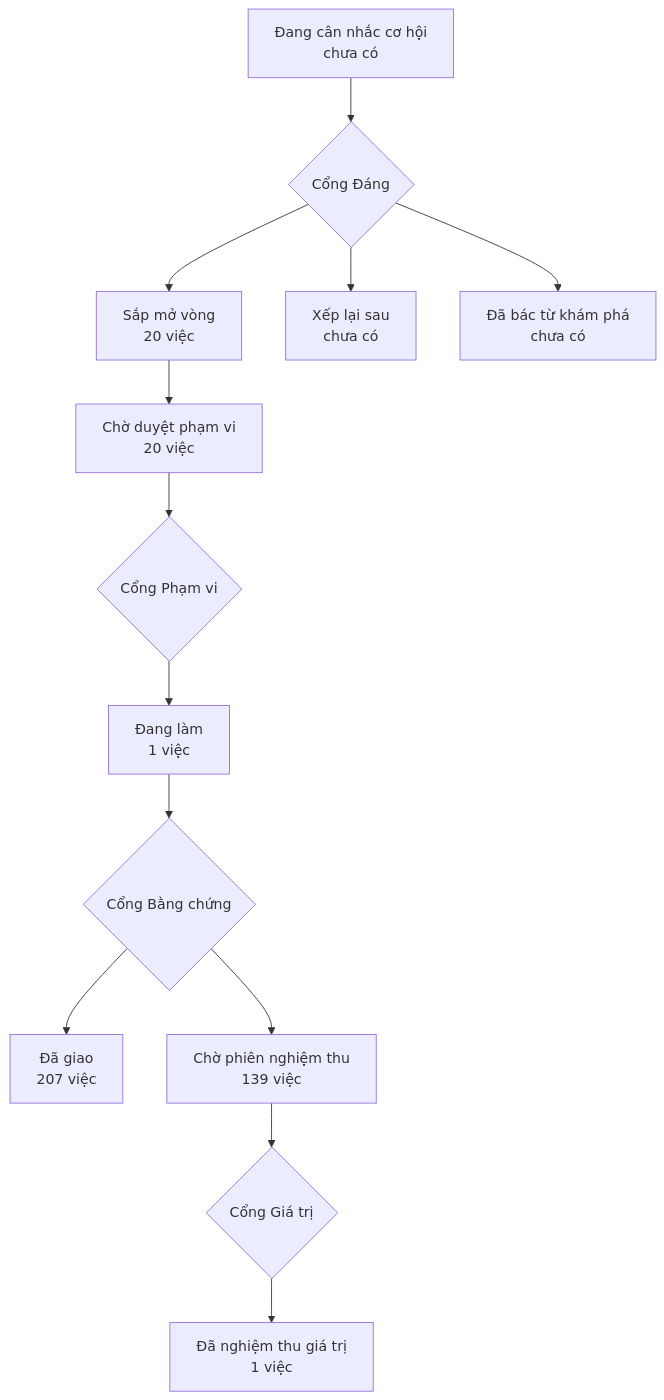
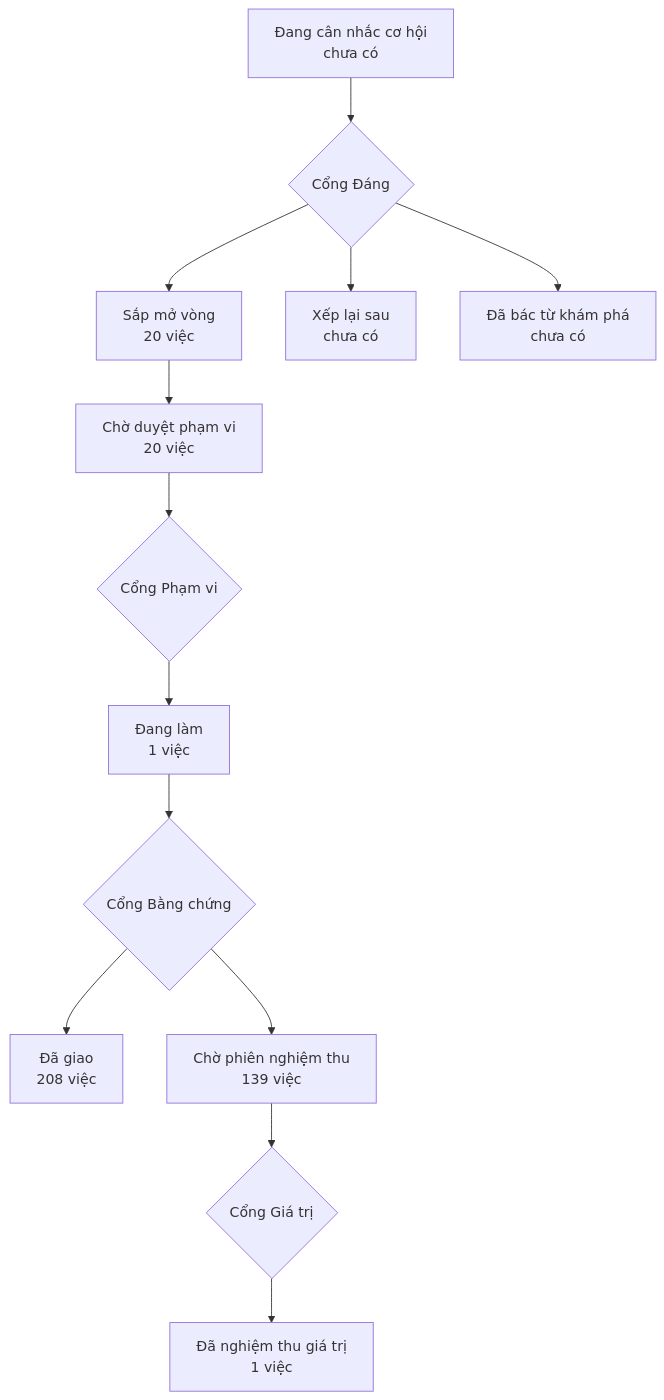
The diagram in PRODUCT-MAP.md (phanlemanh/onehub-invest), drawn with Mermaid before and after one commit. The commit also changed other lines of this file and 1 other file, not shown here.

Commit message:
chore: vẽ lại PRODUCT-MAP, LO-TRINH sau khi nhận main 96d834cad

````diff
--- a/PRODUCT-MAP.md
+++ b/PRODUCT-MAP.md
@@ -7,12 +7,12 @@
 ```mermaid
 flowchart TD
   A["Đang cân nhắc cơ hội<br/>chưa có"] --> GD{"Cổng Đáng"}
   GD --> B["Sắp mở vòng<br/>20 việc"]
   GD --> XL["Xếp lại sau<br/>chưa có"]
   GD --> DB["Đã bác từ khám phá<br/>chưa có"]
   B --> CD["Chờ duyệt phạm vi<br/>20 việc"] --> GP{"Cổng Phạm vi"}
   GP --> DL["Đang làm<br/>1 việc"] --> GB{"Cổng Bằng chứng"}
-  GB --> DG["Đã giao<br/>207 việc"]
+  GB --> DG["Đã giao<br/>208 việc"]
   GB --> CN["Chờ phiên nghiệm thu<br/>139 việc"] --> GG{"Cổng Giá trị"}
   GG --> NT["Đã nghiệm thu giá trị<br/>1 việc"]
 ```
````
